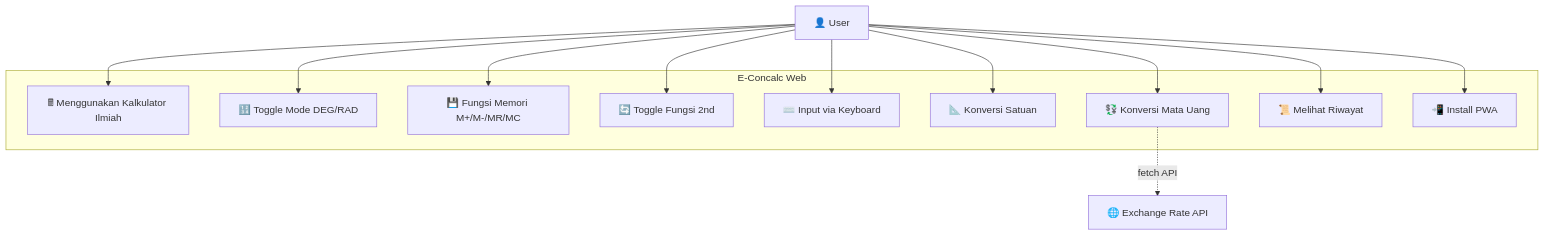
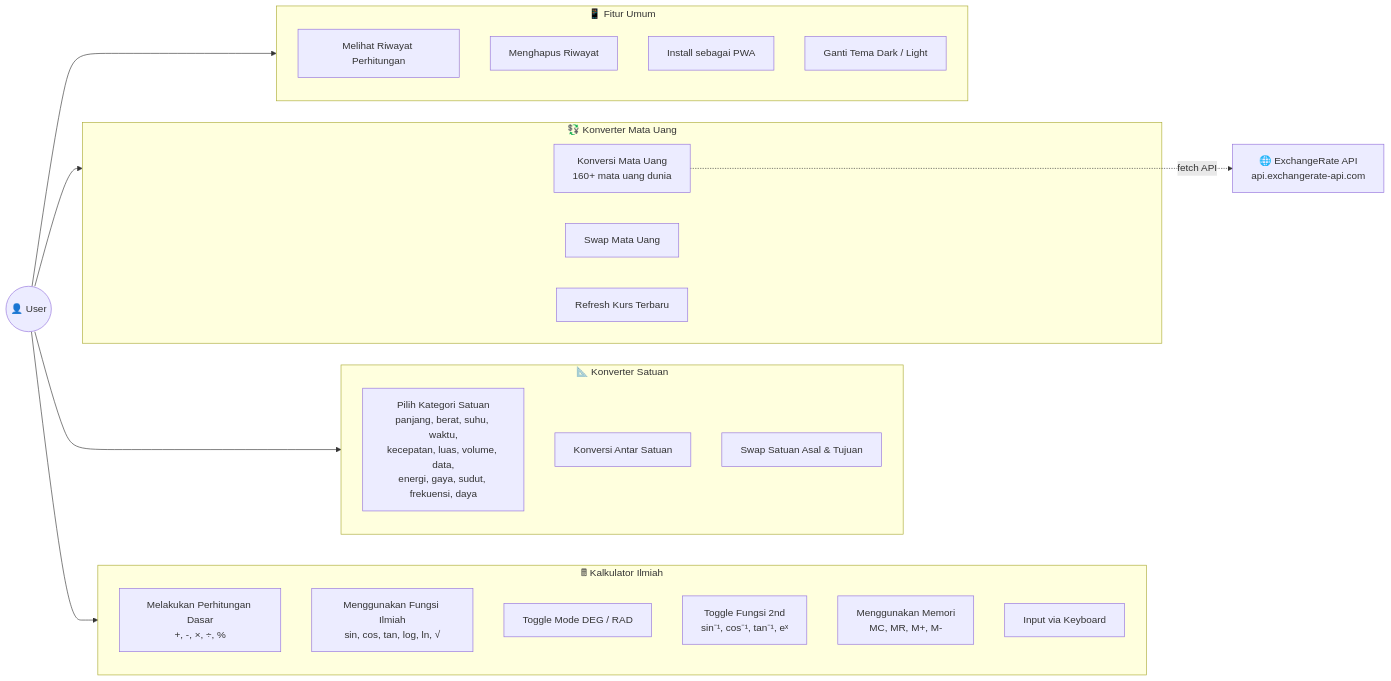
One commit to falcon-ioi/Caclcon changed the first of 4 diagrams in e-concalc-web/README.md. Above: the diagram before and after it, drawn with Mermaid. The commit also changed other lines of this file, not shown here.

Commit message:
docs: fix UML diagrams to accurately match actual codebase features

````diff
--- a/e-concalc-web/README.md
+++ b/e-concalc-web/README.md
@@ -87,26 +87,39 @@
 ```mermaid
-graph TD
-    subgraph "E-Concalc Web"
-        UC1["🖩 Menggunakan Kalkulator Ilmiah"]
-        UC2["🔢 Toggle Mode DEG/RAD"]
-        UC3["💾 Fungsi Memori M+/M-/MR/MC"]
-        UC4["🔄 Toggle Fungsi 2nd"]
-        UC5["⌨️ Input via Keyboard"]
-        UC6["📐 Konversi Satuan"]
-        UC7["💱 Konversi Mata Uang"]
-        UC8["📜 Melihat Riwayat"]
-        UC9["📲 Install PWA"]
+flowchart LR
+    User(("👤 User"))
+
+    subgraph UC_CALC ["🖩 Kalkulator Ilmiah"]
+        UC1["Melakukan Perhitungan Dasar\n+, -, ×, ÷, %"]
+        UC2["Menggunakan Fungsi Ilmiah\nsin, cos, tan, log, ln, √"]
+        UC3["Toggle Mode DEG / RAD"]
+        UC4["Toggle Fungsi 2nd\nsin⁻¹, cos⁻¹, tan⁻¹, eˣ"]
+        UC5["Menggunakan Memori\nMC, MR, M+, M-"]
+        UC6["Input via Keyboard"]
     end
 
-    User["👤 User"] --> UC1
-    User --> UC2
-    User --> UC3
-    User --> UC4
-    User --> UC5
-    User --> UC6
-    User --> UC7
-    User --> UC8
-    User --> UC9
+    subgraph UC_CONV ["📐 Konverter Satuan"]
+        UC7["Pilih Kategori Satuan\npanjang, berat, suhu, waktu,\nkecepatan, luas, volume, data,\nenergi, gaya, sudut, frekuensi, daya"]
+        UC8["Konversi Antar Satuan"]
+        UC9["Swap Satuan Asal & Tujuan"]
+    end
 
-    UC7 -. "fetch API" .-> API["🌐 Exchange Rate API"]
+    subgraph UC_CURR ["💱 Konverter Mata Uang"]
+        UC10["Konversi Mata Uang\n160+ mata uang dunia"]
+        UC11["Swap Mata Uang"]
+        UC12["Refresh Kurs Terbaru"]
+    end
+
+    subgraph UC_OTHER ["📱 Fitur Umum"]
+        UC13["Melihat Riwayat Perhitungan"]
+        UC14["Menghapus Riwayat"]
+        UC15["Install sebagai PWA"]
+        UC16["Ganti Tema Dark / Light"]
+    end
+
+    User --> UC_CALC
+    User --> UC_CONV
+    User --> UC_CURR
+    User --> UC_OTHER
+
+    UC10 -. "fetch API" .-> API["🌐 ExchangeRate API\napi.exchangerate-api.com"]
 ```
````
